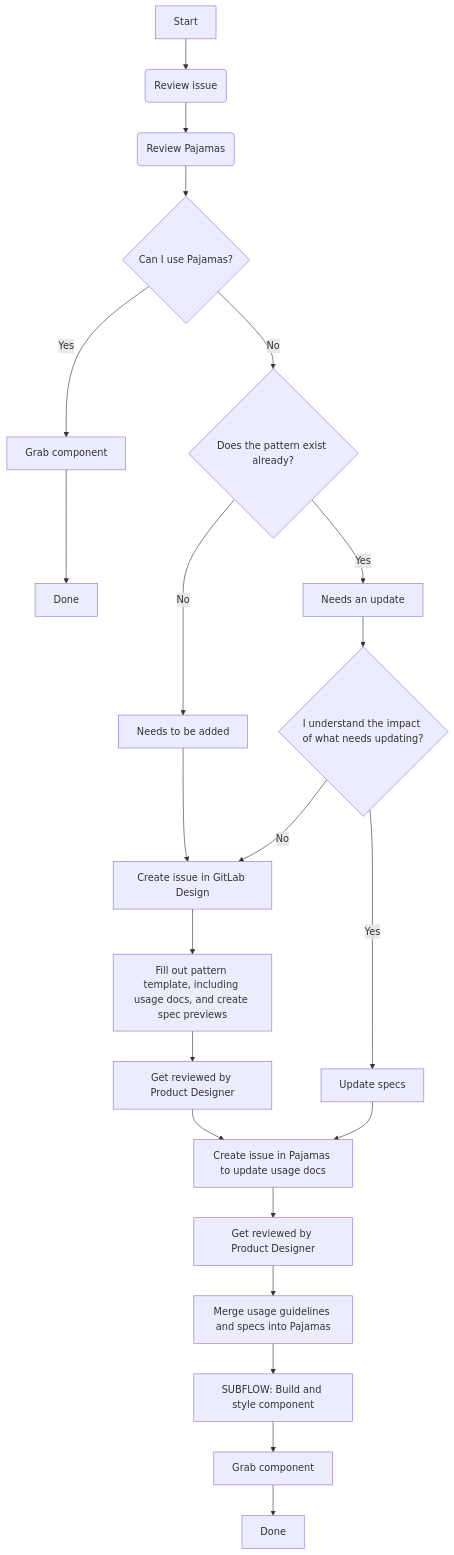
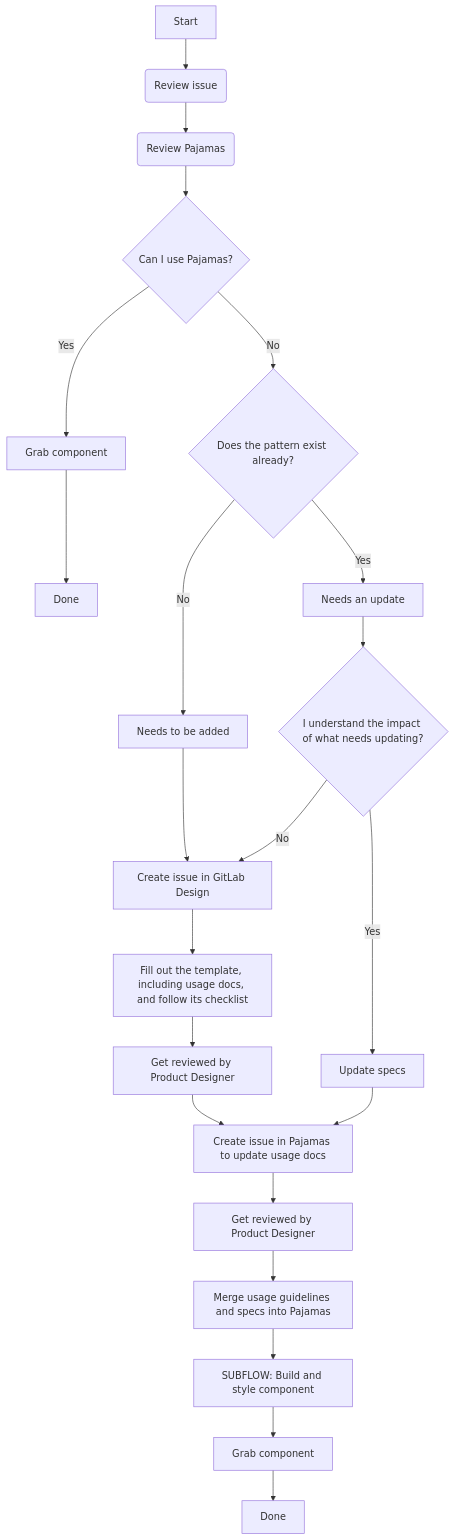
The diagram in doc/component-lifecycle.md (khulnasoft-lab/design.khulnasoft.com), drawn with Mermaid before and after one commit.

Commit message:
Apply suggestion to doc/component-lifecycle.md

````diff
--- a/doc/component-lifecycle.md
+++ b/doc/component-lifecycle.md
@@ -46,28 +46,28 @@
 ```mermaid
 graph TD;
 A[Start] -->B(Review issue)
 B--> C(Review Pajamas)
 click C "https://design.gitlab.com"
 C-->D{Can I use Pajamas?}
 D -->|Yes| E[Grab component]
 E --> F[Done]
 D -->|No| G{Does the pattern exist already?}
 G-->|No| H[Needs to be added]
 H-->I[Create issue in GitLab Design]
 click I "https://gitlab.com/gitlab-org/gitlab-design/issues/new?issuable_template=UX%20Pattern"
-I-->J[Fill out pattern template, including usage docs, and create spec previews]
+I-->J[Fill out the template, including usage docs, and follow its checklist]
 J-->K[Get reviewed by Product Designer]
 K-->L[Create issue in Pajamas to update usage docs]
 click L "https://gitlab.com/gitlab-org/gitlab-services/design.gitlab.com/issues/new"
 L-->M[Get reviewed by Product Designer]
 M-->N[Merge usage guidelines and specs into Pajamas]
 N-->O[SUBFLOW: Build and style component]
 click O "https://gitlab.com/gitlab-org/gitlab-ui/blob/master/doc/component-lifecycle.md"
 O-->P[Grab component]
 P-->Q[Done]
 G-->|Yes| R[Needs an update]
 R-->S{I understand the impact of what needs updating?}
 S-->|Yes| T[Update specs]
 T-->L
 S-->|No| I
 ```
````
